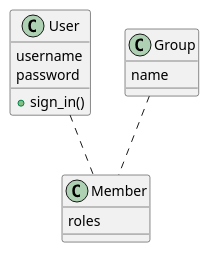
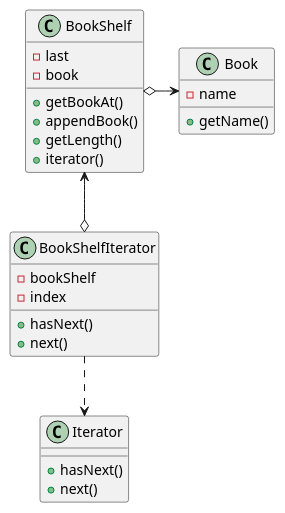
Before and after one commit to Godan/studyForPythonDesignPattern: the diagram in src/Iterator/Class.pu, drawn with PlantUML. The commit also changed 2 other files, not shown here.

```diff
--- a/src/Iterator/Class.pu
+++ b/src/Iterator/Class.pu
@@ -1,20 +1,34 @@
 @startuml
 
-class User {
-  username
-  password
-  +sign_in()
+class Iterator {
+  +hasNext()
+  +next()
 }
 
-class Group {
-  name
+class Book {
+  -name
+  +getName()
 }
 
-class Member {
-  roles
+class BookShelf {
+  -last
+  -book
+  +getBookAt()
+  +appendBook()
+  +getLength()
+  +iterator()
 }
 
-User .. Member
-Group .. Member
+class BookShelfIterator{
+  - bookShelf
+  - index
+  +hasNext()
+  +next()
+}
+
+Iterator <.up.BookShelfIterator
+BookShelf o-> Book
+BookShelf <-down-o BookShelfIterator
+
 
 @enduml
```
